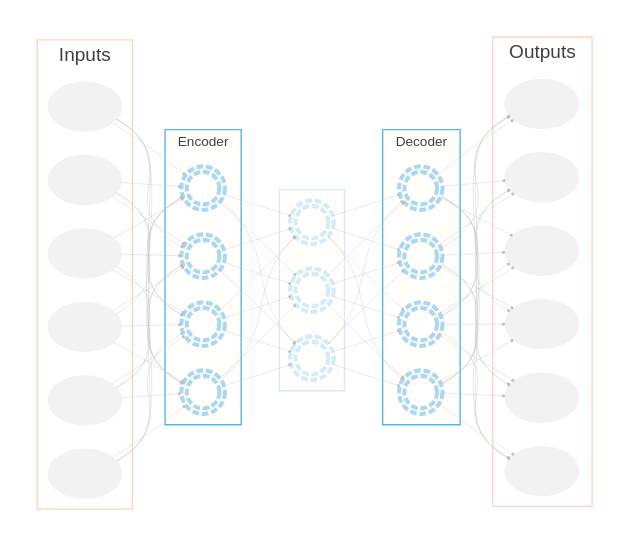
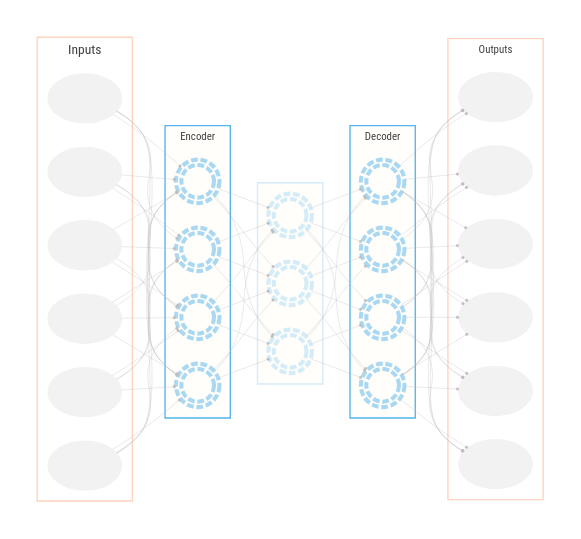
The diagram in img/autoencoder.dot (m-clark/book-of-models), drawn with Graphviz before and after one commit. The commit also changed 42 other files, not shown here.

```diff
--- a/img/autoencoder.dot
+++ b/img/autoencoder.dot
@@ -1,101 +1,103 @@
 digraph pca {
     // graphviz evidently cannot create a decent graph and allow the standard settings like bgcolor and name to work
     // you either create the look with rank=same or lose a lot of options without it.
     // so bizarre.
     rankdir=LR;
     fontcolor=gray25;
-    node [shape=oval style=filled color=lightblue ordering=out fontname=Helvetica];
+    node [shape=oval style=filled color=lightblue ordering=out fontname="Roboto Condensed" fontsize=8];
     edge [color=gray75 arrowhead=dot arrowsize=0.25 penwidth=0.25];
 
     subgraph cluster_observed {
         color= transparent;
         subgraph cluster_inputs {
             color= "#ff550040";
             label="Inputs";
-            fontname=Helvetica;
+            fontname="Roboto Condensed";
+            fontsize = 10;
             node [color=gray95 ordering=out label = ""];
             x1; x2; x3; x4; x5; x6;
         }
     }
 
 
 
     subgraph cluster_hidden{
         color=transparent;
         subgraph cluster_encoder {
         color= "#56B4E9";
         bgcolor="#FFEFD51A"
         label="Encoder";
-        fontname=Helvetica;
-        fontsize = 10;
+        fontname="Roboto Condensed";
+        fontsize = 8;
         node [fixedsize=True fontsize =10 width=.33 color = "#56B4E980" shape=doublecircle style=dashed penwidth=3 label = ""];
         H1; H2; H3; H4;
     }
 
      subgraph cluster_middle {
-        fontname=Helvetica;
-        fontsize = 10;
+        fontname="Roboto Condensed";
+        fontsize = 8;
         bgcolor="#FFEFD51A"
         color="#56B4E940";
         label="";
         node [fixedsize=True fontsize =10 width=.33 color = "#56B4E940" shape=doublecircle style=dashed penwidth=3 label = ""];
         H5; H6; H7;
     }
 
      subgraph cluster_decoder {
         color= "#56B4E9";
-        fontname=Helvetica;
         bgcolor="#FFEFD51A"
         label="Decoder";
-        fontsize = 10;
+        fontname="Roboto Condensed";
+        fontsize = 8;
         node [fixedsize=True fontsize =10 width=.33 color = "#56B4E980" shape=doublecircle style=dashed penwidth=3 label = ""];
         H8; H9; H10; H11;
     }
     }
 
 
     subgraph cluster_observed2 {
         color= transparent;
         subgraph cluster_outputs {
-            fontname=Helvetica;
+            fontname="Roboto Condensed";
+            fontsize = 8;
             color= "#ff550040";
             label="Outputs";
             node [color=gray95 label = ""];
             y1; y2; y3; y4; y5; y6; 
         }
     }
     {x1 x2 x3 x4 x5 x6} -> H1;
     {x1 x2 x3 x4 x5 x6} -> H2;
     {x1 x2 x3 x4 x5 x6} -> H3;
     {x1 x2 x3 x4 x5 x6} -> H4;
 
     {H1 H2 H3 H4} -> H5;
     {H1 H2 H3 H4} -> H6;
     {H1 H2 H3 H4} -> H7;
 
     {H5 H6 H7} -> H8;
     {H5 H6 H7} -> H9;
     {H5 H6 H7} -> H10;
     {H5 H6 H7} -> H11;
 
     {H8 H9 H10 H11} -> y1;
     {H8 H9 H10 H11} -> y2;
     {H8 H9 H10 H11} -> y3;
     {H8 H9 H10 H11} -> y4;
     {H8 H9 H10 H11} -> y5;
     {H8 H9 H10 H11} -> y6;
 
 
 
     // x1 -> {H1 H2 H3 H4};
     // x2 -> {H1 H2 H3 H4};
     // x3 -> {H1 H2 H3 H4};
     // x4 -> {H1 H2 H3 H4};
     // x5 -> {H1 H2 H3 H4};
     // x6 -> {H1 H2 H3 H4};
 
     // {H1 H2 H3 H4} -> {H5 H6 H7};
     // {H5 H6 H7} -> {H8 H9 H10 H11};
 
     // {H8 H9 H10 H11} -> {y1 y2 y3 y4 y5 y6 };
 }
```
